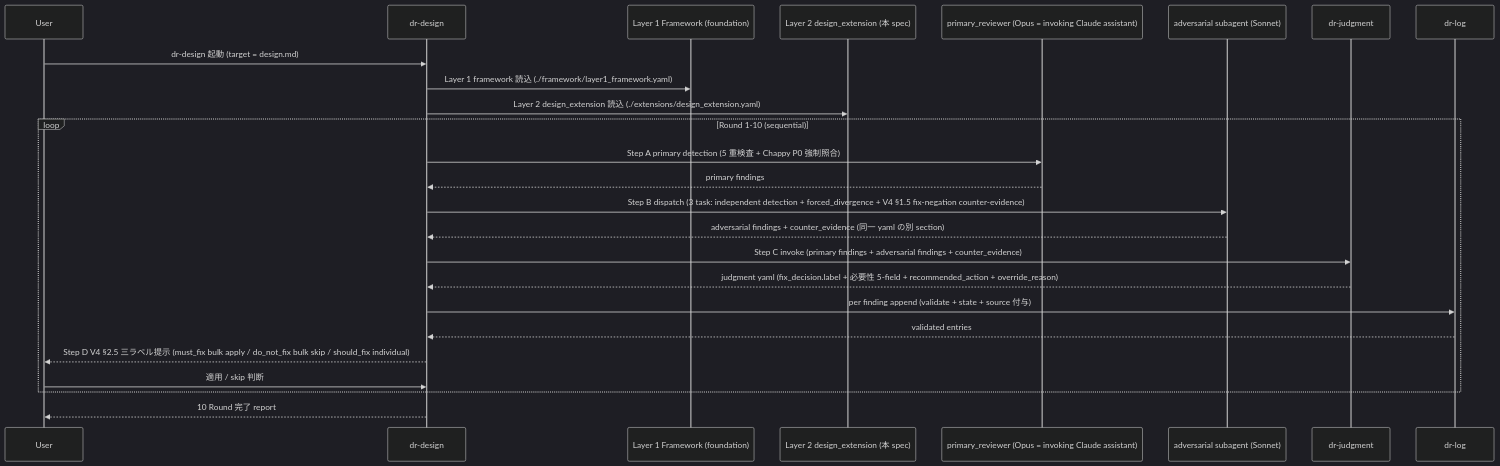
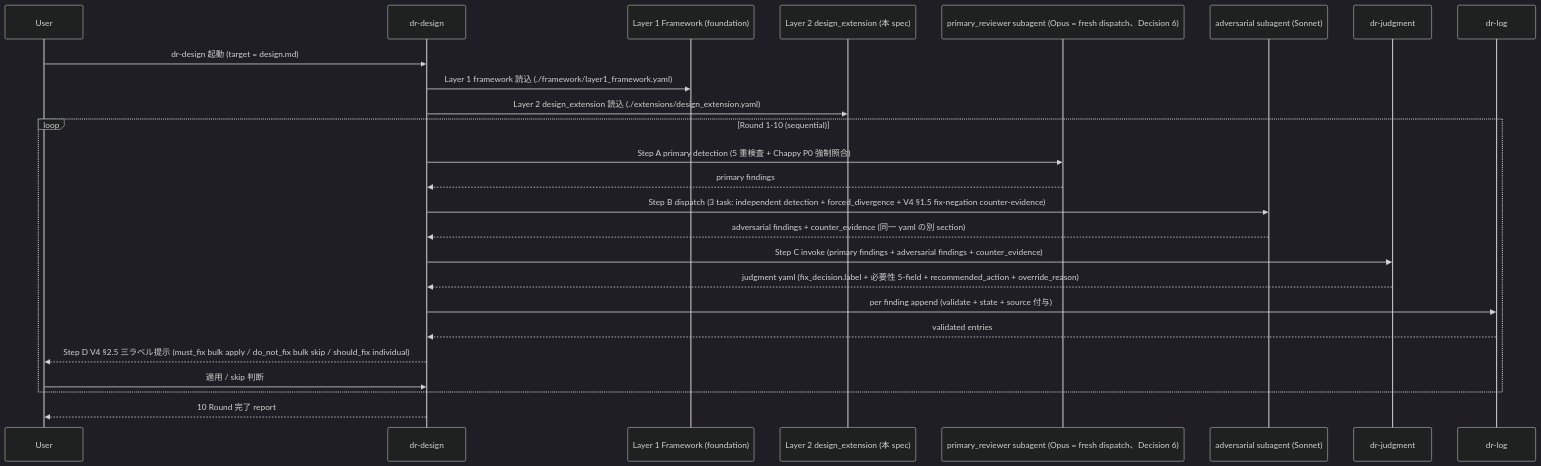
Before and after one commit to kenoogl/Rwiki-dev: the second of 4 diagrams in .kiro/specs/dual-reviewer-design-review/design.md, drawn with Mermaid (dark theme). The commit also changed other lines of this file and 2 other files, not shown here.

First line of the commit message:
feat(dual-reviewer): primary_reviewer 起動形態 = fresh subagent dispatch default (Decision 6)

````diff
--- a/.kiro/specs/dual-reviewer-design-review/design.md
+++ b/.kiro/specs/dual-reviewer-design-review/design.md
@@ -203,30 +203,30 @@
 ```mermaid
 sequenceDiagram
     participant User
     participant DrDesign as dr-design
     participant L1 as Layer 1 Framework (foundation)
     participant L2 as Layer 2 design_extension (本 spec)
-    participant Primary as primary_reviewer (Opus = invoking Claude assistant)
+    participant Primary as primary_reviewer subagent (Opus = fresh dispatch、Decision 6)
     participant Adversarial as adversarial subagent (Sonnet)
     participant DrJudgment as dr-judgment
     participant DrLog as dr-log
 
     User->>DrDesign: dr-design 起動 (target = design.md)
     DrDesign->>L1: Layer 1 framework 読込 (./framework/layer1_framework.yaml)
     DrDesign->>L2: Layer 2 design_extension 読込 (./extensions/design_extension.yaml)
 
     loop Round 1-10 (sequential)
         DrDesign->>Primary: Step A primary detection (5 重検査 + Chappy P0 強制照合)
         Primary-->>DrDesign: primary findings
         DrDesign->>Adversarial: Step B dispatch (3 task: independent detection + forced_divergence + V4 §1.5 fix-negation counter-evidence)
         Adversarial-->>DrDesign: adversarial findings + counter_evidence (同一 yaml の別 section)
         DrDesign->>DrJudgment: Step C invoke (primary findings + adversarial findings + counter_evidence)
         DrJudgment-->>DrDesign: judgment yaml (fix_decision.label + 必要性 5-field + recommended_action + override_reason)
         DrDesign->>DrLog: per finding append (validate + state + source 付与)
         DrLog-->>DrDesign: validated entries
         DrDesign-->>User: Step D V4 §2.5 三ラベル提示 (must_fix bulk apply / do_not_fix bulk skip / should_fix individual)
         User->>DrDesign: 適用 / skip 判断
     end
 
     DrDesign-->>User: 10 Round 完了 report
 ```
````
